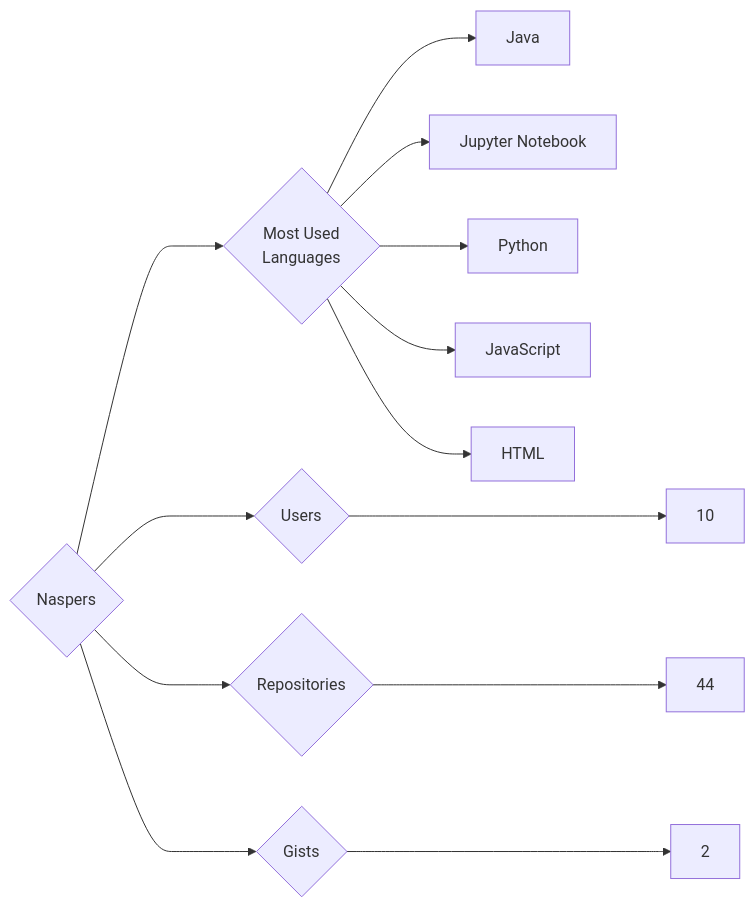
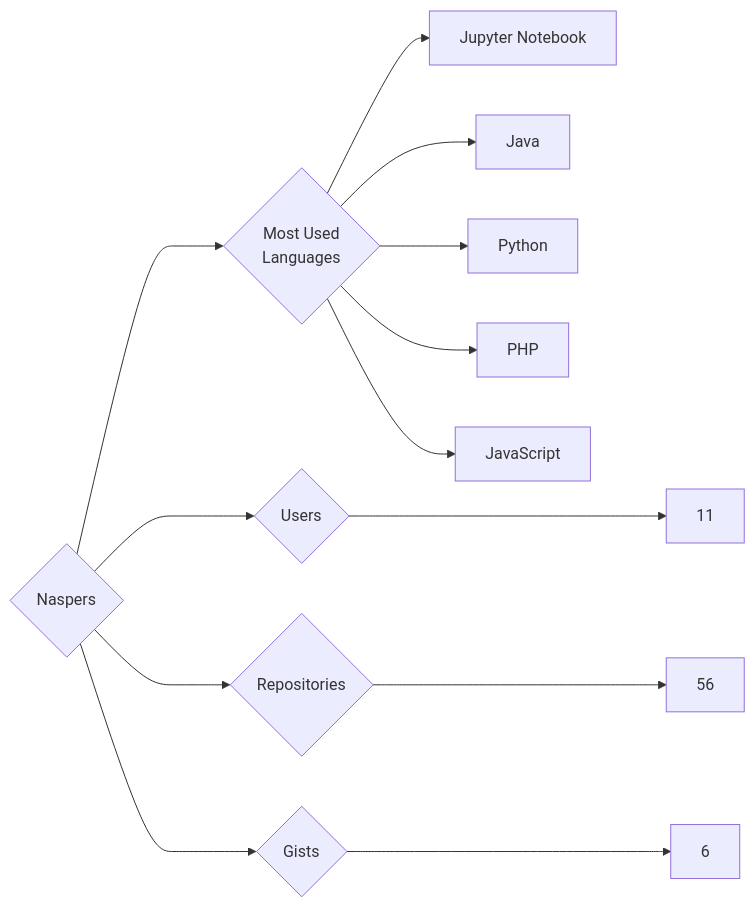
The diagram in targets/Naspers/README.md (trickest/insiders), drawn with Mermaid before and after one commit. The commit also changed 948 other files, not shown here.

````diff
--- a/targets/Naspers/README.md
+++ b/targets/Naspers/README.md
@@ -3,13 +3,13 @@
 ```mermaid
 graph LR
 COMPANY_NAME{Naspers}
-COMPANY_NAME ---> U{Users} ---> UN[10]
-COMPANY_NAME ---> R{Repositories} ---> RN[44]
-COMPANY_NAME ---> G{Gists} ---> GN[2]
+COMPANY_NAME ---> U{Users} ---> UN[11]
+COMPANY_NAME ---> R{Repositories} ---> RN[56]
+COMPANY_NAME ---> G{Gists} ---> GN[6]
 COMPANY_NAME ---> ML{Most Used<br>Languages}
+ML --> Jupyter_Notebook[Jupyter Notebook]
 ML --> Java[Java]
-ML --> Jupyter_Notebook[Jupyter Notebook]
 ML --> Python[Python]
+ML --> PHP[PHP]
 ML --> JavaScript[JavaScript]
-ML --> HTML[HTML]
 ```
````
